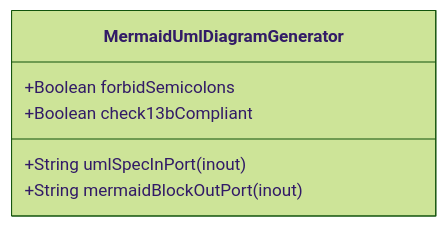
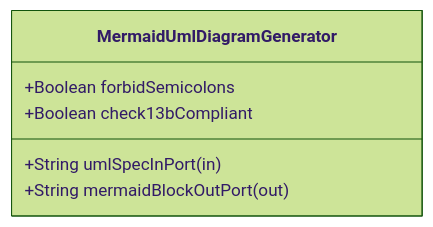
One commit to gintatkinson/DEAP01-spec-core changed the diagram in .pipeline/upstream/docs/features/FEAT-30-MermaidUmlDiagramGenerator.md. Above: the diagram before and after it, drawn with Mermaid (forest theme). The commit also changed other lines of this file and 213 other files, not shown here.

````diff
--- a/.pipeline/upstream/docs/features/FEAT-30-MermaidUmlDiagramGenerator.md
+++ b/.pipeline/upstream/docs/features/FEAT-30-MermaidUmlDiagramGenerator.md
@@ -16,9 +16,9 @@
 ```mermaid
 classDiagram
     class MermaidUmlDiagramGenerator {
-        +String umlSpecInPort (inout)
-        +String mermaidBlockOutPort (inout)
+        +String umlSpecInPort (in)
+        +String mermaidBlockOutPort (out)
         +Boolean forbidSemicolons
         +Boolean check13bCompliant
     }
 ```
````
